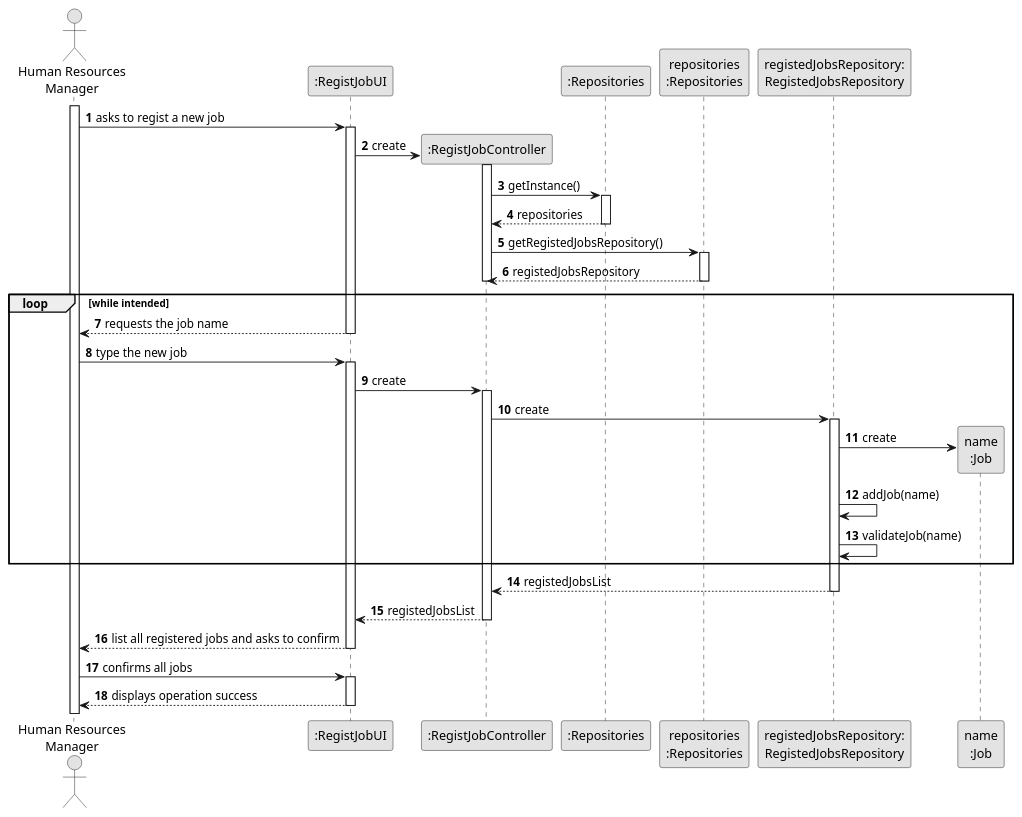
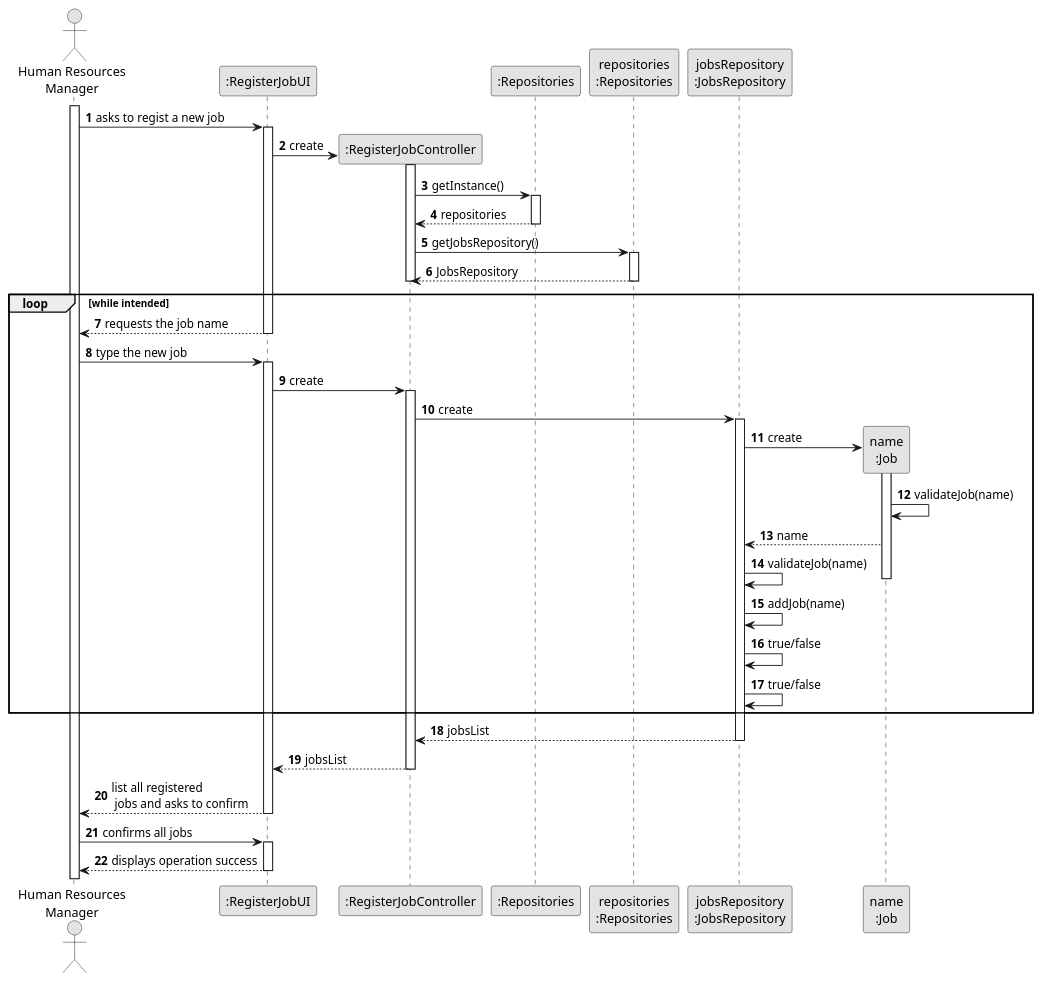
The diagram in docs/sprint2/us002/03.design/puml/us002-sequence-diagram-full.puml (1231360-ISEP/lei-24-s2-1db-g021), drawn with PlantUML before and after one commit. The commit also changed other lines of this file and 1 other file, not shown here.

Commit message:
US2 - update sequence diagram full

```diff
--- a/docs/sprint2/us002/03.design/puml/us002-sequence-diagram-full.puml
+++ b/docs/sprint2/us002/03.design/puml/us002-sequence-diagram-full.puml
@@ -1,73 +1,85 @@
 @startuml
 skinparam monochrome true
 skinparam packageStyle rectangle
 skinparam shadowing false
 
 actor "Human Resources\nManager" as HRM
-participant ":RegistJobUI" as UI
-participant ":RegistJobController" as CTRL
+participant ":RegisterJobUI" as UI
+participant ":RegisterJobController" as CTRL
 participant ":Repositories" as RepositorySingleton
 participant "repositories\n:Repositories" as PLAT
-participant "registedJobsRepository:\nRegistedJobsRepository" as RegistedJobsRepository
+participant "jobsRepository\n:JobsRepository" as JobsRepository
 participant "name\n:Job" as PROFISSAO
 
 autonumber 1
 
 activate HRM
+
     HRM -> UI : asks to regist a new job
+    activate UI
 
-    activate UI
         UI -> CTRL** : create
 
         activate CTRL
-            CTRL -> RepositorySingleton : getInstance()
 
-            activate RepositorySingleton
-                RepositorySingleton --> CTRL: repositories
-            deactivate RepositorySingleton
+        CTRL -> RepositorySingleton : getInstance()
+        activate RepositorySingleton
 
-            CTRL -> PLAT : getRegistedJobsRepository()
+            RepositorySingleton --> CTRL: repositories
+        deactivate RepositorySingleton
 
-            activate PLAT
-                PLAT --> CTRL: registedJobsRepository
-            deactivate PLAT
+        CTRL -> PLAT : getJobsRepository()
+        activate PLAT
+
+            PLAT --> CTRL: JobsRepository
+        deactivate PLAT
 
         deactivate CTRL
 
-        loop while intended
+    loop while intended
             UI --> HRM : requests the job name
+        deactivate UI
 
-    deactivate UI
+            HRM -> UI : type the new job
+        activate UI
 
-    HRM -> UI : type the new job
+            UI -> CTRL: create
+        activate CTRL
 
-    activate UI
-        UI -> CTRL: create
+            CTRL -> JobsRepository : create
+        activate JobsRepository
 
-        activate CTRL
-            CTRL -> RegistedJobsRepository : create
+            JobsRepository -> PROFISSAO**: create
+        activate PROFISSAO
 
-            activate RegistedJobsRepository
-                RegistedJobsRepository -> PROFISSAO**: create
-                RegistedJobsRepository -> RegistedJobsRepository: addJob(name)
-                RegistedJobsRepository -> RegistedJobsRepository: validateJob(name)
+        PROFISSAO -> PROFISSAO: validateJob(name)
 
-        end
-                RegistedJobsRepository --> CTRL : registedJobsList
-            deactivate RegistedJobsRepository
+        PROFISSAO --> JobsRepository : name
+        JobsRepository -> JobsRepository: validateJob(name)
+        deactivate PROFISSAO
+        JobsRepository -> JobsRepository: addJob(name)
+        JobsRepository -> JobsRepository: true/false
+        JobsRepository -> JobsRepository: true/false
 
-            CTRL --> UI : registedJobsList
 
-        deactivate CTRL
+    end
 
-        UI --> HRM : list all registered jobs and asks to confirm
+    JobsRepository --> CTRL : jobsList
+    deactivate JobsRepository
 
+    CTRL --> UI : jobsList
+    deactivate CTRL
+
+    UI --> HRM : list all registered\n jobs and asks to confirm
+
+    deactivate CTRL
     deactivate UI
 
     HRM -> UI : confirms all jobs
+    activate UI
 
-    activate UI
     UI --> HRM : displays operation success
     deactivate UI
 
+
 @enduml
```
